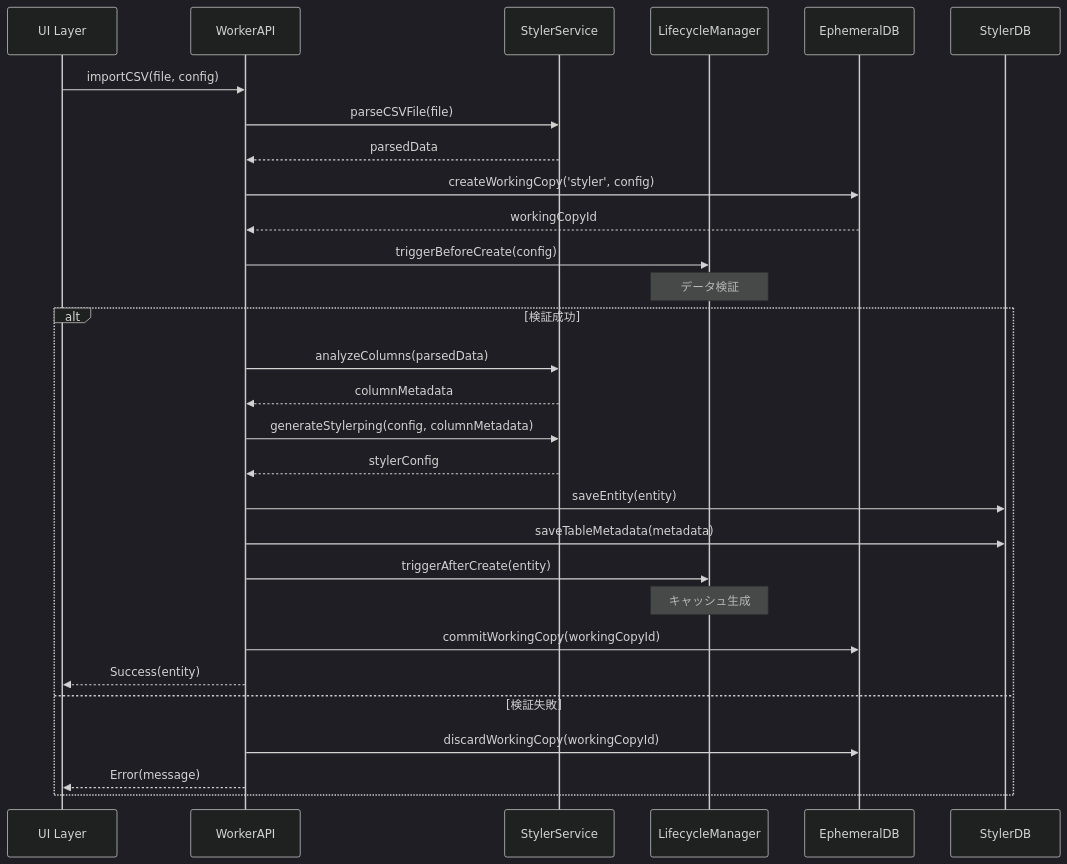
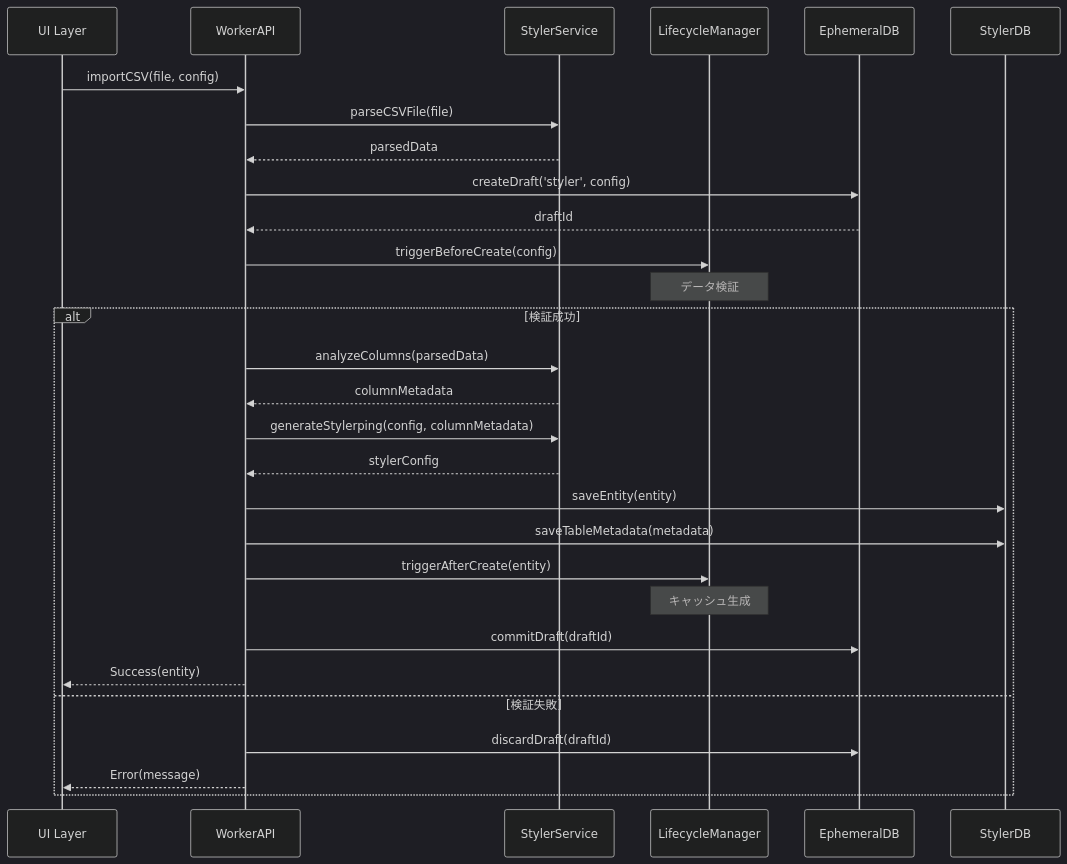
Before and after one commit to kubohiroya/hierarchidb: the diagram in docs/deprecated/10-2-plugin-stylemap.md, drawn with Mermaid (dark theme). The commit also changed other lines of this file and 796 other files, not shown here.

````diff
--- a/docs/deprecated/10-2-plugin-stylemap.md
+++ b/docs/deprecated/10-2-plugin-stylemap.md
@@ -108,39 +108,39 @@
 ```mermaid
 sequenceDiagram
     participant UI as UI Layer
     participant WA as WorkerAPI
     participant SM as StylerService
     participant LM as LifecycleManager
     participant EDB as EphemeralDB
     participant PDB as StylerDB
 
     UI->>WA: importCSV(file, config)
     WA->>SM: parseCSVFile(file)
     SM-->>WA: parsedData
     
-    WA->>EDB: createWorkingCopy('styler', config)
-    EDB-->>WA: workingCopyId
+    WA->>EDB: createDraft('styler', config)
+    EDB-->>WA: draftId
     
     WA->>LM: triggerBeforeCreate(config)
     Note over LM: データ検証
     
     alt 検証成功
         WA->>SM: analyzeColumns(parsedData)
         SM-->>WA: columnMetadata
         
         WA->>SM: generateStylerping(config, columnMetadata)
         SM-->>WA: stylerConfig
         
         WA->>PDB: saveEntity(entity)
         WA->>PDB: saveTableMetadata(metadata)
         
         WA->>LM: triggerAfterCreate(entity)
         Note over LM: キャッシュ生成
         
-        WA->>EDB: commitWorkingCopy(workingCopyId)
+        WA->>EDB: commitDraft(draftId)
         WA-->>UI: Success(entity)
     else 検証失敗
-        WA->>EDB: discardWorkingCopy(workingCopyId)
+        WA->>EDB: discardDraft(draftId)
         WA-->>UI: Error(message)
     end
 ```
````
